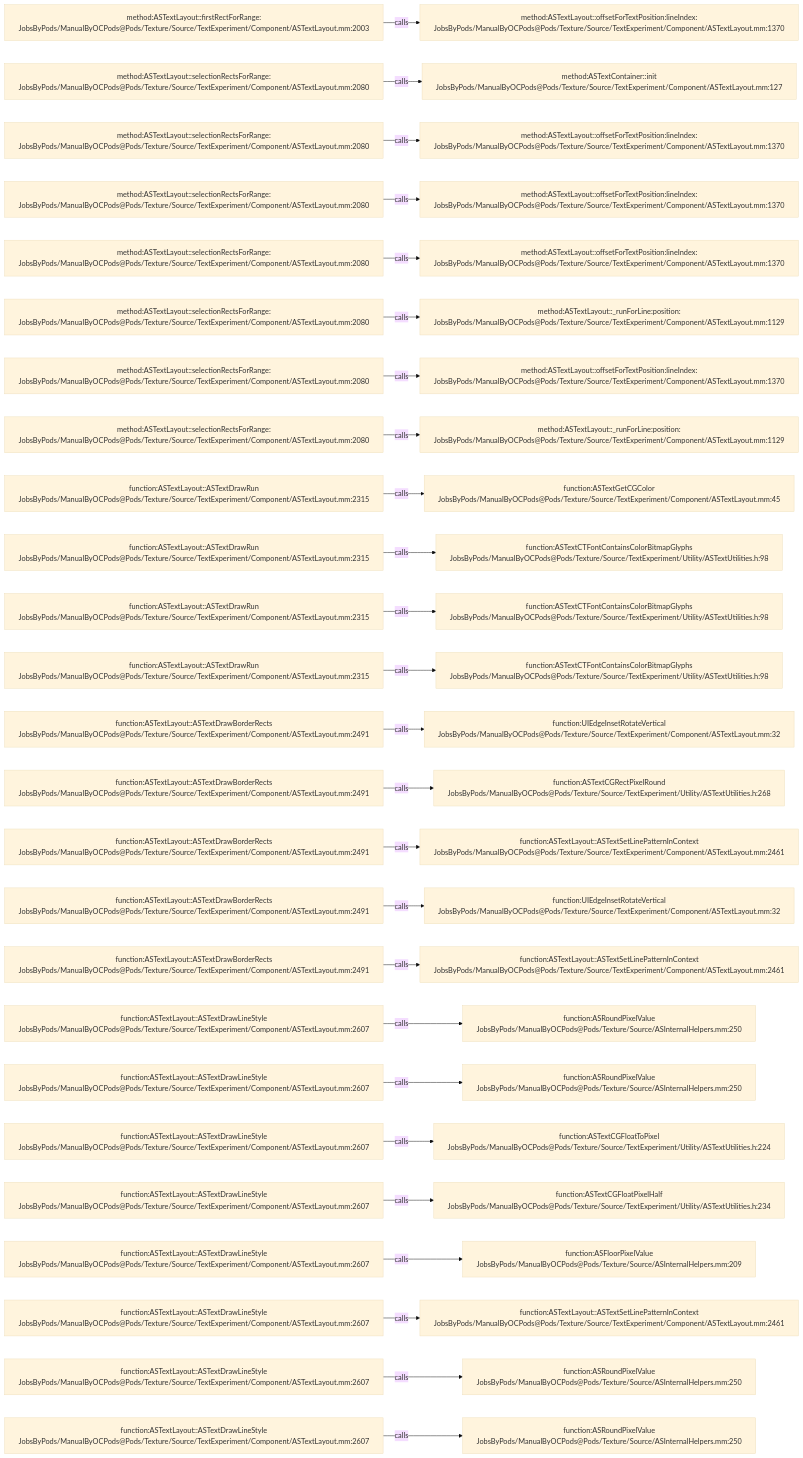
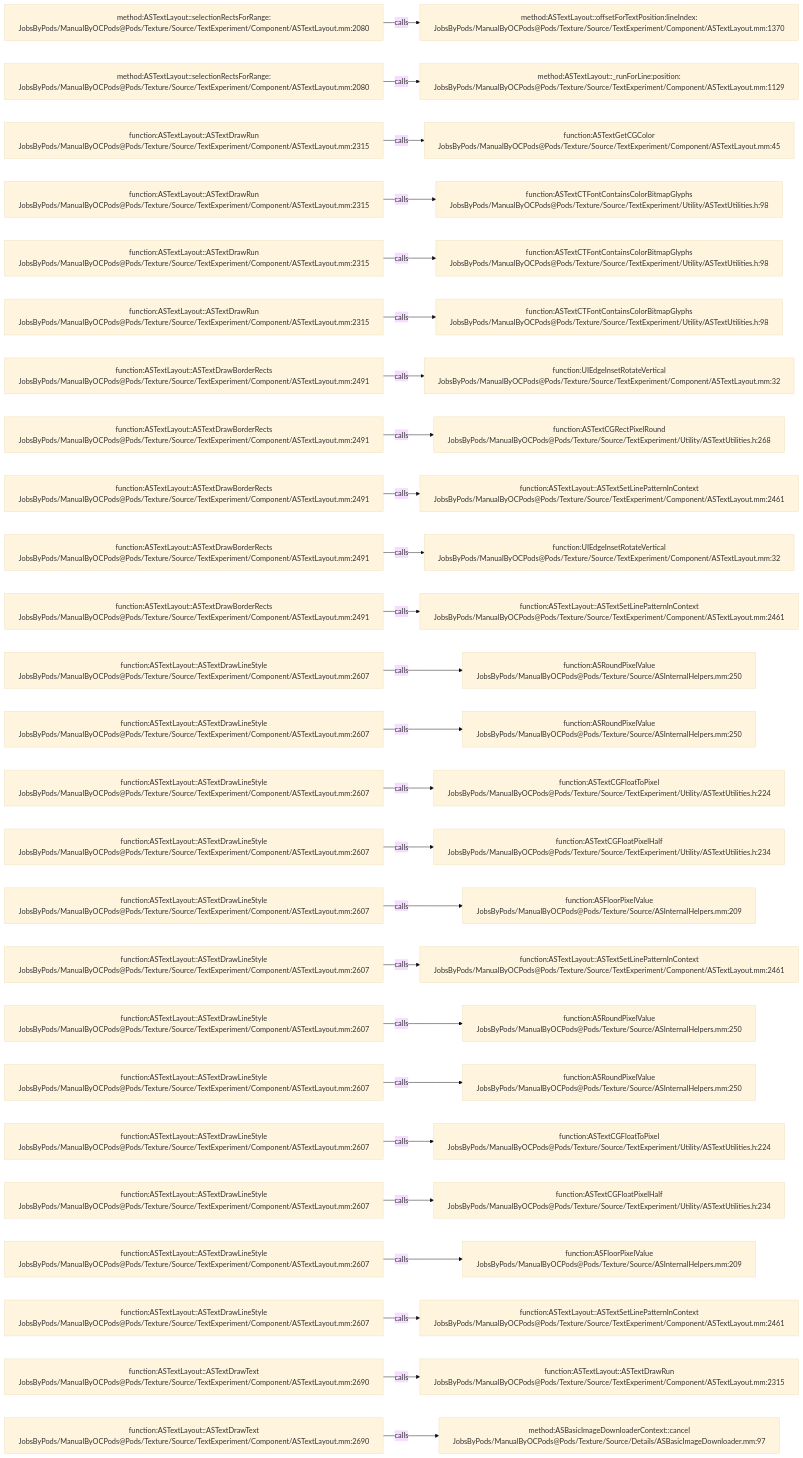
One commit to JobsKits/JobsOCBaseConfigDemo changed the diagram in .codegraph/codegraph.md/graphs/calls-196.md. Above: the diagram before and after it, drawn with Mermaid (base theme). The commit also changed 666 other files, not shown here.

````diff
--- a/.codegraph/codegraph.md/graphs/calls-196.md
+++ b/.codegraph/codegraph.md/graphs/calls-196.md
@@ -13,78 +13,78 @@
 ```mermaid
 flowchart LR
-  S1["method:ASTextLayout::firstRectForRange:<br/>JobsByPods/ManualByOCPods@Pods/Texture/Source/TextExperiment/Component/ASTextLayout.mm:2003"]
+  S1["method:ASTextLayout::selectionRectsForRange:<br/>JobsByPods/ManualByOCPods@Pods/Texture/Source/TextExperiment/Component/ASTextLayout.mm:2080"]
   T1["method:ASTextLayout::offsetForTextPosition:lineIndex:<br/>JobsByPods/ManualByOCPods@Pods/Texture/Source/TextExperiment/Component/ASTextLayout.mm:1370"]
   S1 -->|calls| T1
   S2["method:ASTextLayout::selectionRectsForRange:<br/>JobsByPods/ManualByOCPods@Pods/Texture/Source/TextExperiment/Component/ASTextLayout.mm:2080"]
-  T2["method:ASTextContainer::init<br/>JobsByPods/ManualByOCPods@Pods/Texture/Source/TextExperiment/Component/ASTextLayout.mm:127"]
+  T2["method:ASTextLayout::_runForLine:position:<br/>JobsByPods/ManualByOCPods@Pods/Texture/Source/TextExperiment/Component/ASTextLayout.mm:1129"]
   S2 -->|calls| T2
-  S3["method:ASTextLayout::selectionRectsForRange:<br/>JobsByPods/ManualByOCPods@Pods/Texture/Source/TextExperiment/Component/ASTextLayout.mm:2080"]
-  T3["method:ASTextLayout::offsetForTextPosition:lineIndex:<br/>JobsByPods/ManualByOCPods@Pods/Texture/Source/TextExperiment/Component/ASTextLayout.mm:1370"]
+  S3["function:ASTextLayout::ASTextDrawRun<br/>JobsByPods/ManualByOCPods@Pods/Texture/Source/TextExperiment/Component/ASTextLayout.mm:2315"]
+  T3["function:ASTextGetCGColor<br/>JobsByPods/ManualByOCPods@Pods/Texture/Source/TextExperiment/Component/ASTextLayout.mm:45"]
   S3 -->|calls| T3
-  S4["method:ASTextLayout::selectionRectsForRange:<br/>JobsByPods/ManualByOCPods@Pods/Texture/Source/TextExperiment/Component/ASTextLayout.mm:2080"]
-  T4["method:ASTextLayout::offsetForTextPosition:lineIndex:<br/>JobsByPods/ManualByOCPods@Pods/Texture/Source/TextExperiment/Component/ASTextLayout.mm:1370"]
+  S4["function:ASTextLayout::ASTextDrawRun<br/>JobsByPods/ManualByOCPods@Pods/Texture/Source/TextExperiment/Component/ASTextLayout.mm:2315"]
+  T4["function:ASTextCTFontContainsColorBitmapGlyphs<br/>JobsByPods/ManualByOCPods@Pods/Texture/Source/TextExperiment/Utility/ASTextUtilities.h:98"]
   S4 -->|calls| T4
-  S5["method:ASTextLayout::selectionRectsForRange:<br/>JobsByPods/ManualByOCPods@Pods/Texture/Source/TextExperiment/Component/ASTextLayout.mm:2080"]
-  T5["method:ASTextLayout::offsetForTextPosition:lineIndex:<br/>JobsByPods/ManualByOCPods@Pods/Texture/Source/TextExperiment/Component/ASTextLayout.mm:1370"]
+  S5["function:ASTextLayout::ASTextDrawRun<br/>JobsByPods/ManualByOCPods@Pods/Texture/Source/TextExperiment/Component/ASTextLayout.mm:2315"]
+  T5["function:ASTextCTFontContainsColorBitmapGlyphs<br/>JobsByPods/ManualByOCPods@Pods/Texture/Source/TextExperiment/Utility/ASTextUtilities.h:98"]
   S5 -->|calls| T5
-  S6["method:ASTextLayout::selectionRectsForRange:<br/>JobsByPods/ManualByOCPods@Pods/Texture/Source/TextExperiment/Component/ASTextLayout.mm:2080"]
-  T6["method:ASTextLayout::_runForLine:position:<br/>JobsByPods/ManualByOCPods@Pods/Texture/Source/TextExperiment/Component/ASTextLayout.mm:1129"]
+  S6["function:ASTextLayout::ASTextDrawRun<br/>JobsByPods/ManualByOCPods@Pods/Texture/Source/TextExperiment/Component/ASTextLayout.mm:2315"]
+  T6["function:ASTextCTFontContainsColorBitmapGlyphs<br/>JobsByPods/ManualByOCPods@Pods/Texture/Source/TextExperiment/Utility/ASTextUtilities.h:98"]
   S6 -->|calls| T6
-  S7["method:ASTextLayout::selectionRectsForRange:<br/>JobsByPods/ManualByOCPods@Pods/Texture/Source/TextExperiment/Component/ASTextLayout.mm:2080"]
-  T7["method:ASTextLayout::offsetForTextPosition:lineIndex:<br/>JobsByPods/ManualByOCPods@Pods/Texture/Source/TextExperiment/Component/ASTextLayout.mm:1370"]
+  S7["function:ASTextLayout::ASTextDrawBorderRects<br/>JobsByPods/ManualByOCPods@Pods/Texture/Source/TextExperiment/Component/ASTextLayout.mm:2491"]
+  T7["function:UIEdgeInsetRotateVertical<br/>JobsByPods/ManualByOCPods@Pods/Texture/Source/TextExperiment/Component/ASTextLayout.mm:32"]
   S7 -->|calls| T7
-  S8["method:ASTextLayout::selectionRectsForRange:<br/>JobsByPods/ManualByOCPods@Pods/Texture/Source/TextExperiment/Component/ASTextLayout.mm:2080"]
-  T8["method:ASTextLayout::_runForLine:position:<br/>JobsByPods/ManualByOCPods@Pods/Texture/Source/TextExperiment/Component/ASTextLayout.mm:1129"]
+  S8["function:ASTextLayout::ASTextDrawBorderRects<br/>JobsByPods/ManualByOCPods@Pods/Texture/Source/TextExperiment/Component/ASTextLayout.mm:2491"]
+  T8["function:ASTextCGRectPixelRound<br/>JobsByPods/ManualByOCPods@Pods/Texture/Source/TextExperiment/Utility/ASTextUtilities.h:268"]
   S8 -->|calls| T8
-  S9["function:ASTextLayout::ASTextDrawRun<br/>JobsByPods/ManualByOCPods@Pods/Texture/Source/TextExperiment/Component/ASTextLayout.mm:2315"]
-  T9["function:ASTextGetCGColor<br/>JobsByPods/ManualByOCPods@Pods/Texture/Source/TextExperiment/Component/ASTextLayout.mm:45"]
+  S9["function:ASTextLayout::ASTextDrawBorderRects<br/>JobsByPods/ManualByOCPods@Pods/Texture/Source/TextExperiment/Component/ASTextLayout.mm:2491"]
+  T9["function:ASTextLayout::ASTextSetLinePatternInContext<br/>JobsByPods/ManualByOCPods@Pods/Texture/Source/TextExperiment/Component/ASTextLayout.mm:2461"]
   S9 -->|calls| T9
-  S10["function:ASTextLayout::ASTextDrawRun<br/>JobsByPods/ManualByOCPods@Pods/Texture/Source/TextExperiment/Component/ASTextLayout.mm:2315"]
-  T10["function:ASTextCTFontContainsColorBitmapGlyphs<br/>JobsByPods/ManualByOCPods@Pods/Texture/Source/TextExperiment/Utility/ASTextUtilities.h:98"]
+  S10["function:ASTextLayout::ASTextDrawBorderRects<br/>JobsByPods/ManualByOCPods@Pods/Texture/Source/TextExperiment/Component/ASTextLayout.mm:2491"]
+  T10["function:UIEdgeInsetRotateVertical<br/>JobsByPods/ManualByOCPods@Pods/Texture/Source/TextExperiment/Component/ASTextLayout.mm:32"]
   S10 -->|calls| T10
-  S11["function:ASTextLayout::ASTextDrawRun<br/>JobsByPods/ManualByOCPods@Pods/Texture/Source/TextExperiment/Component/ASTextLayout.mm:2315"]
-  T11["function:ASTextCTFontContainsColorBitmapGlyphs<br/>JobsByPods/ManualByOCPods@Pods/Texture/Source/TextExperiment/Utility/ASTextUtilities.h:98"]
+  S11["function:ASTextLayout::ASTextDrawBorderRects<br/>JobsByPods/ManualByOCPods@Pods/Texture/Source/TextExperiment/Component/ASTextLayout.mm:2491"]
+  T11["function:ASTextLayout::ASTextSetLinePatternInContext<br/>JobsByPods/ManualByOCPods@Pods/Texture/Source/TextExperiment/Component/ASTextLayout.mm:2461"]
   S11 -->|calls| T11
-  S12["function:ASTextLayout::ASTextDrawRun<br/>JobsByPods/ManualByOCPods@Pods/Texture/Source/TextExperiment/Component/ASTextLayout.mm:2315"]
-  T12["function:ASTextCTFontContainsColorBitmapGlyphs<br/>JobsByPods/ManualByOCPods@Pods/Texture/Source/TextExperiment/Utility/ASTextUtilities.h:98"]
+  S12["function:ASTextLayout::ASTextDrawLineStyle<br/>JobsByPods/ManualByOCPods@Pods/Texture/Source/TextExperiment/Component/ASTextLayout.mm:2607"]
+  T12["function:ASRoundPixelValue<br/>JobsByPods/ManualByOCPods@Pods/Texture/Source/ASInternalHelpers.mm:250"]
   S12 -->|calls| T12
-  S13["function:ASTextLayout::ASTextDrawBorderRects<br/>JobsByPods/ManualByOCPods@Pods/Texture/Source/TextExperiment/Component/ASTextLayout.mm:2491"]
-  T13["function:UIEdgeInsetRotateVertical<br/>JobsByPods/ManualByOCPods@Pods/Texture/Source/TextExperiment/Component/ASTextLayout.mm:32"]
+  S13["function:ASTextLayout::ASTextDrawLineStyle<br/>JobsByPods/ManualByOCPods@Pods/Texture/Source/TextExperiment/Component/ASTextLayout.mm:2607"]
+  T13["function:ASRoundPixelValue<br/>JobsByPods/ManualByOCPods@Pods/Texture/Source/ASInternalHelpers.mm:250"]
   S13 -->|calls| T13
-  S14["function:ASTextLayout::ASTextDrawBorderRects<br/>JobsByPods/ManualByOCPods@Pods/Texture/Source/TextExperiment/Component/ASTextLayout.mm:2491"]
-  T14["function:ASTextCGRectPixelRound<br/>JobsByPods/ManualByOCPods@Pods/Texture/Source/TextExperiment/Utility/ASTextUtilities.h:268"]
+  S14["function:ASTextLayout::ASTextDrawLineStyle<br/>JobsByPods/ManualByOCPods@Pods/Texture/Source/TextExperiment/Component/ASTextLayout.mm:2607"]
+  T14["function:ASTextCGFloatToPixel<br/>JobsByPods/ManualByOCPods@Pods/Texture/Source/TextExperiment/Utility/ASTextUtilities.h:224"]
   S14 -->|calls| T14
-  S15["function:ASTextLayout::ASTextDrawBorderRects<br/>JobsByPods/ManualByOCPods@Pods/Texture/Source/TextExperiment/Component/ASTextLayout.mm:2491"]
-  T15["function:ASTextLayout::ASTextSetLinePatternInContext<br/>JobsByPods/ManualByOCPods@Pods/Texture/Source/TextExperiment/Component/ASTextLayout.mm:2461"]
+  S15["function:ASTextLayout::ASTextDrawLineStyle<br/>JobsByPods/ManualByOCPods@Pods/Texture/Source/TextExperiment/Component/ASTextLayout.mm:2607"]
+  T15["function:ASTextCGFloatPixelHalf<br/>JobsByPods/ManualByOCPods@Pods/Texture/Source/TextExperiment/Utility/ASTextUtilities.h:234"]
   S15 -->|calls| T15
-  S16["function:ASTextLayout::ASTextDrawBorderRects<br/>JobsByPods/ManualByOCPods@Pods/Texture/Source/TextExperiment/Component/ASTextLayout.mm:2491"]
-  T16["function:UIEdgeInsetRotateVertical<br/>JobsByPods/ManualByOCPods@Pods/Texture/Source/TextExperiment/Component/ASTextLayout.mm:32"]
+  S16["function:ASTextLayout::ASTextDrawLineStyle<br/>JobsByPods/ManualByOCPods@Pods/Texture/Source/TextExperiment/Component/ASTextLayout.mm:2607"]
+  T16["function:ASFloorPixelValue<br/>JobsByPods/ManualByOCPods@Pods/Texture/Source/ASInternalHelpers.mm:209"]
   S16 -->|calls| T16
-  S17["function:ASTextLayout::ASTextDrawBorderRects<br/>JobsByPods/ManualByOCPods@Pods/Texture/Source/TextExperiment/Component/ASTextLayout.mm:2491"]
+  S17["function:ASTextLayout::ASTextDrawLineStyle<br/>JobsByPods/ManualByOCPods@Pods/Texture/Source/TextExperiment/Component/ASTextLayout.mm:2607"]
   T17["function:ASTextLayout::ASTextSetLinePatternInContext<br/>JobsByPods/ManualByOCPods@Pods/Texture/Source/TextExperiment/Component/ASTextLayout.mm:2461"]
   S17 -->|calls| T17
   S18["function:ASTextLayout::ASTextDrawLineStyle<br/>JobsByPods/ManualByOCPods@Pods/Texture/Source/TextExperiment/Component/ASTextLayout.mm:2607"]
   T18["function:ASRoundPixelValue<br/>JobsByPods/ManualByOCPods@Pods/Texture/Source/ASInternalHelpers.mm:250"]
   S18 -->|calls| T18
   S19["function:ASTextLayout::ASTextDrawLineStyle<br/>JobsByPods/ManualByOCPods@Pods/Texture/Source/TextExperiment/Component/ASTextLayout.mm:2607"]
   T19["function:ASRoundPixelValue<br/>JobsByPods/ManualByOCPods@Pods/Texture/Source/ASInternalHelpers.mm:250"]
   S19 -->|calls| T19
   S20["function:ASTextLayout::ASTextDrawLineStyle<br/>JobsByPods/ManualByOCPods@Pods/Texture/Source/TextExperiment/Component/ASTextLayout.mm:2607"]
   T20["function:ASTextCGFloatToPixel<br/>JobsByPods/ManualByOCPods@Pods/Texture/Source/TextExperiment/Utility/ASTextUtilities.h:224"]
   S20 -->|calls| T20
   S21["function:ASTextLayout::ASTextDrawLineStyle<br/>JobsByPods/ManualByOCPods@Pods/Texture/Source/TextExperiment/Component/ASTextLayout.mm:2607"]
   T21["function:ASTextCGFloatPixelHalf<br/>JobsByPods/ManualByOCPods@Pods/Texture/Source/TextExperiment/Utility/ASTextUtilities.h:234"]
   S21 -->|calls| T21
   S22["function:ASTextLayout::ASTextDrawLineStyle<br/>JobsByPods/ManualByOCPods@Pods/Texture/Source/TextExperiment/Component/ASTextLayout.mm:2607"]
   T22["function:ASFloorPixelValue<br/>JobsByPods/ManualByOCPods@Pods/Texture/Source/ASInternalHelpers.mm:209"]
   S22 -->|calls| T22
   S23["function:ASTextLayout::ASTextDrawLineStyle<br/>JobsByPods/ManualByOCPods@Pods/Texture/Source/TextExperiment/Component/ASTextLayout.mm:2607"]
   T23["function:ASTextLayout::ASTextSetLinePatternInContext<br/>JobsByPods/ManualByOCPods@Pods/Texture/Source/TextExperiment/Component/ASTextLayout.mm:2461"]
   S23 -->|calls| T23
-  S24["function:ASTextLayout::ASTextDrawLineStyle<br/>JobsByPods/ManualByOCPods@Pods/Texture/Source/TextExperiment/Component/ASTextLayout.mm:2607"]
-  T24["function:ASRoundPixelValue<br/>JobsByPods/ManualByOCPods@Pods/Texture/Source/ASInternalHelpers.mm:250"]
+  S24["function:ASTextLayout::ASTextDrawText<br/>JobsByPods/ManualByOCPods@Pods/Texture/Source/TextExperiment/Component/ASTextLayout.mm:2690"]
+  T24["function:ASTextLayout::ASTextDrawRun<br/>JobsByPods/ManualByOCPods@Pods/Texture/Source/TextExperiment/Component/ASTextLayout.mm:2315"]
   S24 -->|calls| T24
-  S25["function:ASTextLayout::ASTextDrawLineStyle<br/>JobsByPods/ManualByOCPods@Pods/Texture/Source/TextExperiment/Component/ASTextLayout.mm:2607"]
-  T25["function:ASRoundPixelValue<br/>JobsByPods/ManualByOCPods@Pods/Texture/Source/ASInternalHelpers.mm:250"]
+  S25["function:ASTextLayout::ASTextDrawText<br/>JobsByPods/ManualByOCPods@Pods/Texture/Source/TextExperiment/Component/ASTextLayout.mm:2690"]
+  T25["method:ASBasicImageDownloaderContext::cancel<br/>JobsByPods/ManualByOCPods@Pods/Texture/Source/Details/ASBasicImageDownloader.mm:97"]
   S25 -->|calls| T25
 ```
````
